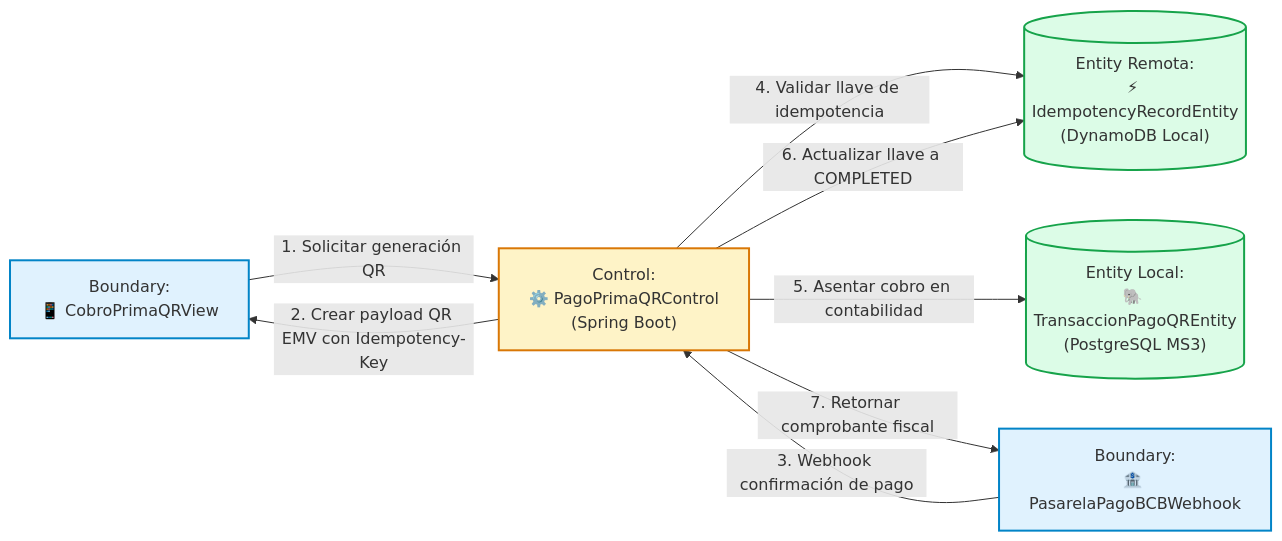
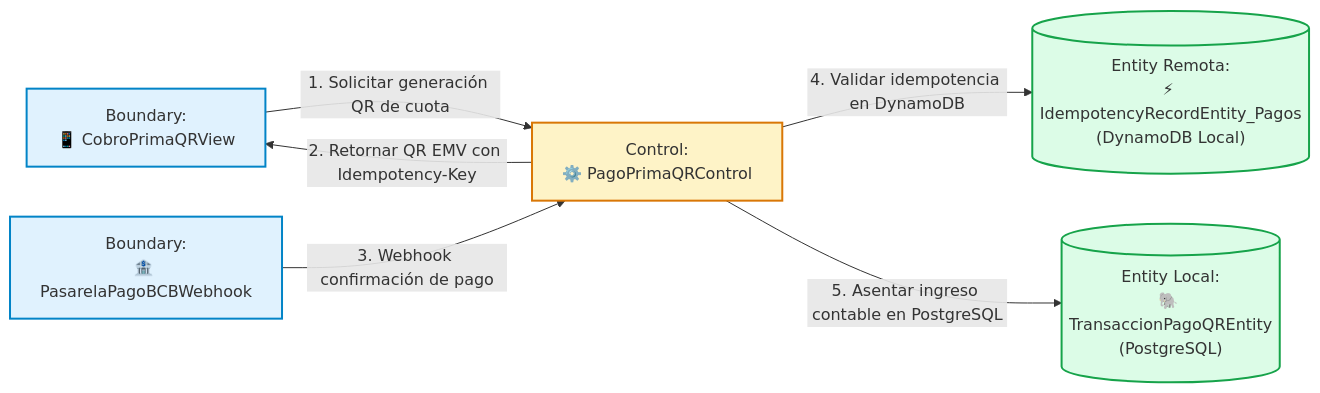
Before and after one commit to DiegoxdGarcia2/2doParcialSW2: the eighth of 15 diagrams in docs/opcion_B_documentacion.md, drawn with Mermaid. The commit also changed other lines of this file and 10 other files, not shown here.

Commit message:
docs: actualizar documentacion formal segun guias GuiaDocIconix y agregar panel de navegacion con 14 diagramas en archivo .qea

````diff
--- a/docs/opcion_B_documentacion.md
+++ b/docs/opcion_B_documentacion.md
@@ -477,20 +618,18 @@
 ```mermaid
 graph LR
     classDef boundary fill:#E0F2FE,stroke:#0284C7,stroke-width:2px;
     classDef control fill:#FEF3C7,stroke:#D97706,stroke-width:2px;
     classDef entity fill:#DCFCE7,stroke:#16A34A,stroke-width:2px;
 
     B1["Boundary:\n📱 CobroPrimaQRView"]:::boundary
     B2["Boundary:\n🏦 PasarelaPagoBCBWebhook"]:::boundary
-    C1["Control:\n⚙️ PagoPrimaQRControl\n(Spring Boot)"]:::control
-    E1[("Entity Remota:\n⚡ IdempotencyRecordEntity\n(DynamoDB Local)")]:::entity
-    E2[("Entity Local:\n🐘 TransaccionPagoQREntity\n(PostgreSQL MS3)")]:::entity
+    C1["Control:\n⚙️ PagoPrimaQRControl"]:::control
+    E1[("Entity Remota:\n⚡ IdempotencyRecordEntity_Pagos\n(DynamoDB Local)")]:::entity
+    E2[("Entity Local:\n🐘 TransaccionPagoQREntity\n(PostgreSQL)")]:::entity
 
-    B1 -->|1. Solicitar generación QR| C1
-    C1 -->|2. Crear payload QR EMV con Idempotency-Key| B1
+    B1 -->|1. Solicitar generación QR de cuota| C1
+    C1 -->|2. Retornar QR EMV con Idempotency-Key| B1
     B2 -->|3. Webhook confirmación de pago| C1
-    C1 -->|4. Validar llave de idempotencia| E1
-    C1 -->|5. Asentar cobro en contabilidad| E2
-    C1 -->|6. Actualizar llave a COMPLETED| E1
-    C1 -->|7. Retornar comprobante fiscal| B2
+    C1 -->|4. Validar idempotencia en DynamoDB| E1
+    C1 -->|5. Asentar ingreso contable en PostgreSQL| E2
 ```
````
